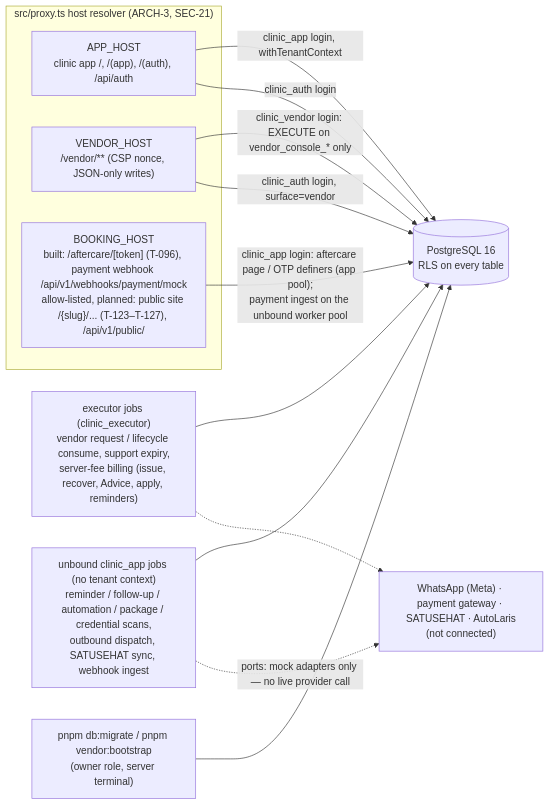
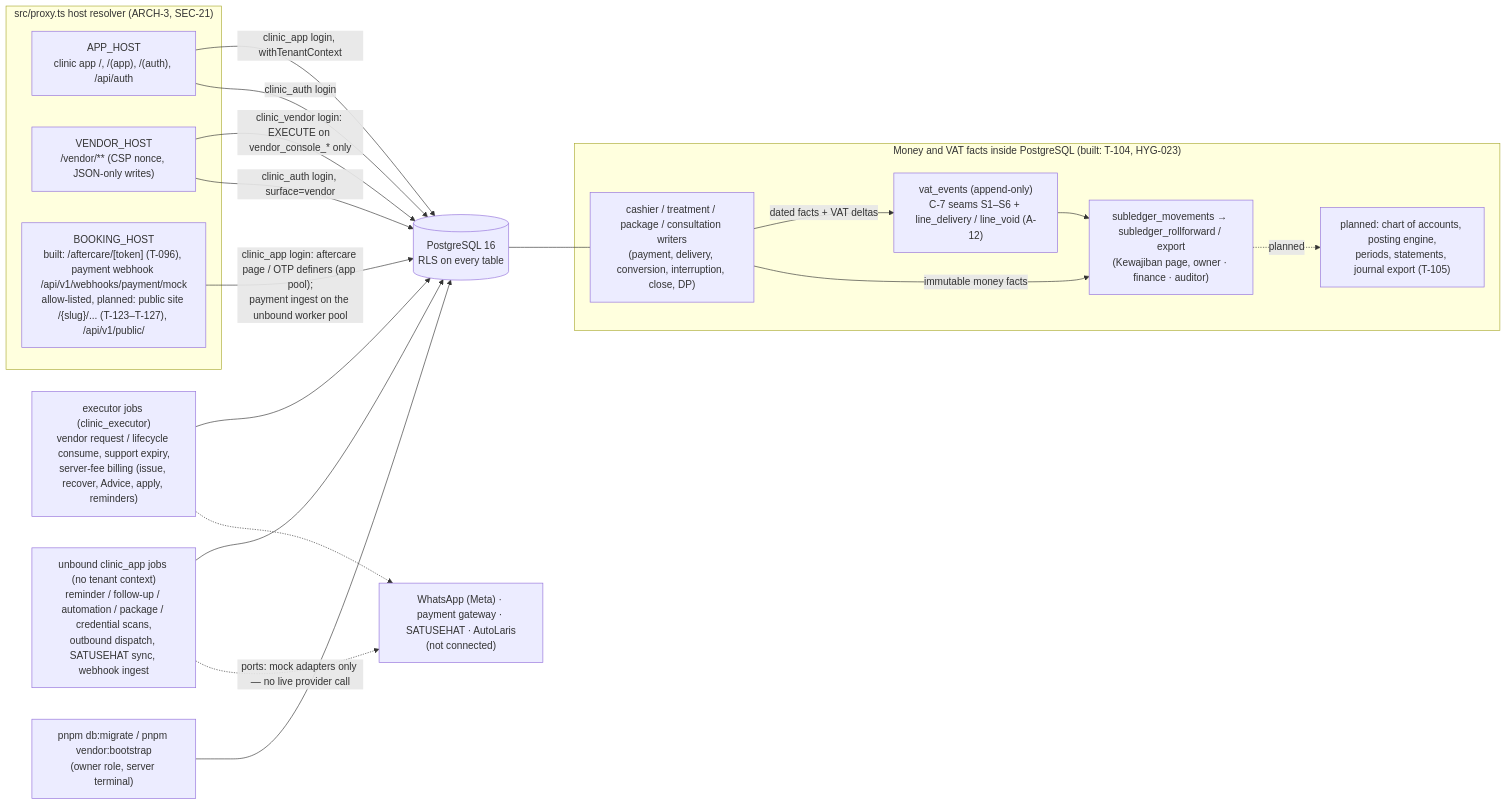
One commit to ongkipro/clinic-dashboard changed the diagram in ARCHITECTURE.md. Above: the diagram before and after it, drawn with Mermaid. The commit also changed other lines of this file and 17 other files, not shown here.

````diff
--- a/ARCHITECTURE.md
+++ b/ARCHITECTURE.md
@@ -21,18 +21,29 @@
 ```mermaid
 flowchart LR
   subgraph Hosts["src/proxy.ts host resolver (ARCH-3, SEC-21)"]
     APP["APP_HOST\nclinic app /, /(app), /(auth), /api/auth"]
     VEN["VENDOR_HOST\n/vendor/** (CSP nonce, JSON-only writes)"]
     BOOK["BOOKING_HOST\nbuilt: /aftercare/[token] (T-096), payment webhook /api/v1/webhooks/payment/mock\nallow-listed, planned: public site /{slug}/... (T-123–T-127), /api/v1/public/"]
   end
   APP -->|"clinic_app login, withTenantContext"| DB[(PostgreSQL 16\nRLS on every table)]
   BOOK -->|"clinic_app login: aftercare page / OTP definers (app pool);\npayment ingest on the unbound worker pool"| DB
   APP -->|"clinic_auth login"| DB
   VEN -->|"clinic_vendor login: EXECUTE on vendor_console_* only"| DB
   VEN -->|"clinic_auth login, surface=vendor"| DB
   EXEC["executor jobs (clinic_executor)\nvendor request / lifecycle consume, support expiry,\nserver-fee billing (issue, recover, Advice, apply, reminders)"] --> DB
   JOBS["unbound clinic_app jobs (no tenant context)\nreminder / follow-up / automation / package / credential scans,\noutbound dispatch, SATUSEHAT sync, webhook ingest"] --> DB
   OPS["pnpm db:migrate / pnpm vendor:bootstrap\n(owner role, server terminal)"] --> DB
   JOBS -.->|"ports: mock adapters only — no live provider call"| EXT["WhatsApp (Meta) · payment gateway · SATUSEHAT · AutoLaris\n(not connected)"]
   EXEC -.-> EXT
+  subgraph Money["Money and VAT facts inside PostgreSQL (built: T-104, HYG-023)"]
+    WR["cashier / treatment / package / consultation writers\n(payment, delivery, conversion, interruption, close, DP)"]
+    VE["vat_events (append-only)\nC-7 seams S1–S6 + line_delivery / line_void (A-12)"]
+    SL["subledger_movements → subledger_rollforward / export\n(Kewajiban page, owner · finance · auditor)"]
+    GL["planned: chart of accounts, posting engine,\nperiods, statements, journal export (T-105)"]
+  end
+  DB --- WR
+  WR -->|"dated facts + VAT deltas"| VE
+  WR -->|"immutable money facts"| SL
+  VE --> SL
+  SL -.->|"planned"| GL
 ```
````
